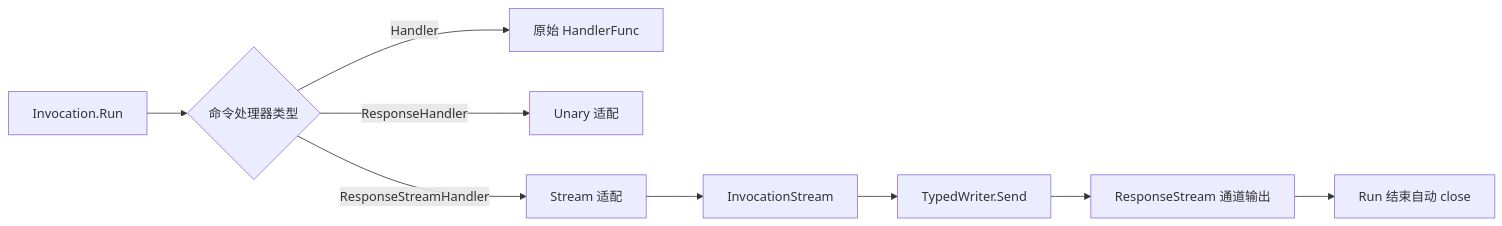
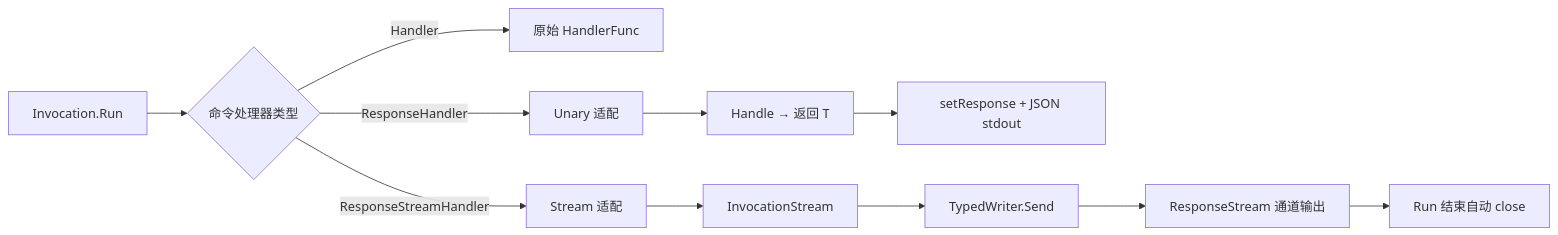
Before and after one commit to pubgo/redant: the ninth of 10 diagrams in docs/DESIGN.md, drawn with Mermaid. The commit also changed other lines of this file and 6 other files, not shown here.

````diff
--- a/docs/DESIGN.md
+++ b/docs/DESIGN.md
@@ -240,11 +244,13 @@
 ```mermaid
 flowchart LR
     A[Invocation.Run] --> B{命令处理器类型}
     B -- Handler --> D[原始 HandlerFunc]
     B -- ResponseHandler --> E[Unary 适配]
     B -- ResponseStreamHandler --> C[Stream 适配]
+    E --> E1[Handle → 返回 T]
+    E1 --> E2[setResponse + JSON stdout]
     C --> F[InvocationStream]
     F --> G[TypedWriter.Send]
     G --> H[ResponseStream 通道输出]
     H --> I[Run 结束自动 close]
 ```
````
